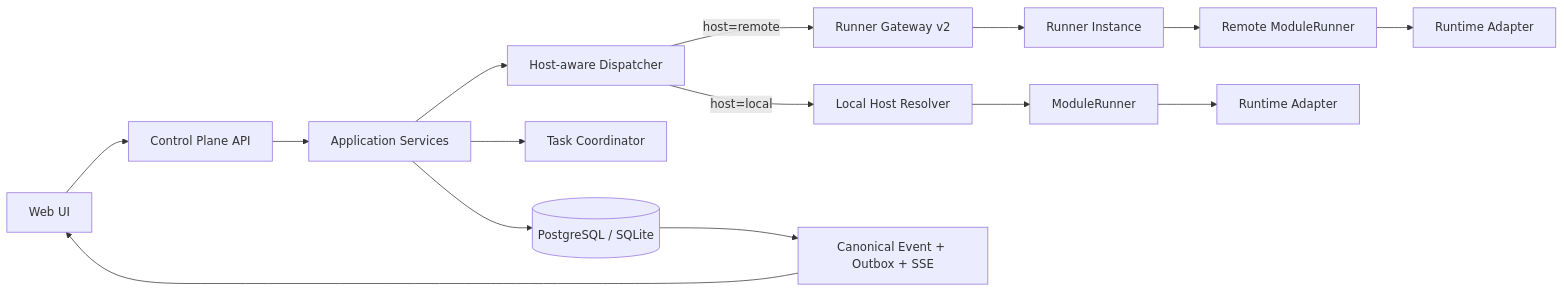
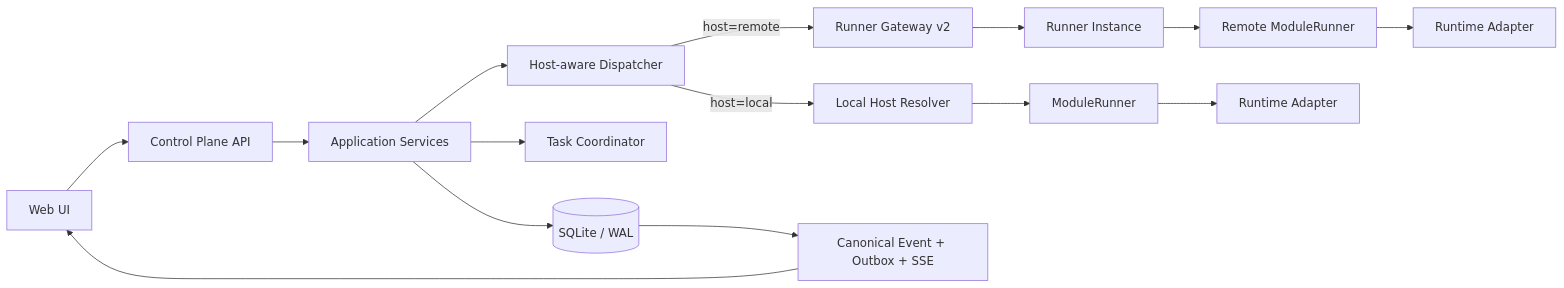
Before and after one commit to ybs157897/agent-work: the first of 4 diagrams in docs/architecture/task-control-surface-context-design.md, drawn with Mermaid. The commit also changed other lines of this file and 11 other files, not shown here.

Commit message:
docs(architecture): adopt SQLite-only storage

````diff
--- a/docs/architecture/task-control-surface-context-design.md
+++ b/docs/architecture/task-control-surface-context-design.md
@@ -74,17 +74,17 @@
 ```mermaid
 flowchart LR
   UI[Web UI] --> API[Control Plane API]
   API --> APP[Application Services]
-  APP --> DB[(PostgreSQL / SQLite)]
+  APP --> DB[(SQLite / WAL)]
   APP --> COORD[Task Coordinator]
   APP --> DISP[Host-aware Dispatcher]
   DISP -->|host=local| LOCAL[Local Host Resolver]
   DISP -->|host=remote| GW[Runner Gateway v2]
   GW --> RUNNER[Runner Instance]
   LOCAL --> MOD[ModuleRunner]
   RUNNER --> RMOD[Remote ModuleRunner]
   MOD --> ADAPTER[Runtime Adapter]
   RMOD --> RADAPTER[Runtime Adapter]
   DB --> SSE[Canonical Event + Outbox + SSE]
   SSE --> UI
 ```
````
